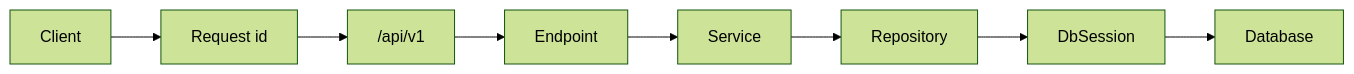
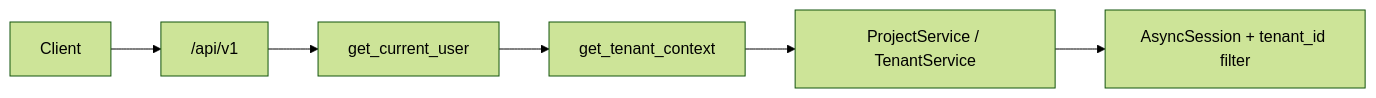
Before and after one commit to poluru-labs/fastapi-realworld-projects: the diagram in advanced/fastapi-multitenant-saas/README.md, drawn with Mermaid (forest theme). The commit also changed other lines of this file and 88 other files, not shown here.

````diff
--- a/advanced/fastapi-multitenant-saas/README.md
+++ b/advanced/fastapi-multitenant-saas/README.md
@@ -45,10 +55,8 @@
 ```mermaid
 flowchart LR
-  Client --> Middleware["Request id"]
-  Middleware --> Router["/api/v1"]
-  Router --> Endpoint
-  Endpoint --> Service
-  Service --> Repository
-  Repository --> DbSession
-  DbSession --> Database
+  Client --> Router["/api/v1"]
+  Router --> JWT["get_current_user"]
+  JWT --> Tenant["get_tenant_context"]
+  Tenant --> Svc["ProjectService / TenantService"]
+  Svc --> DB["AsyncSession + tenant_id filter"]
 ```
````
